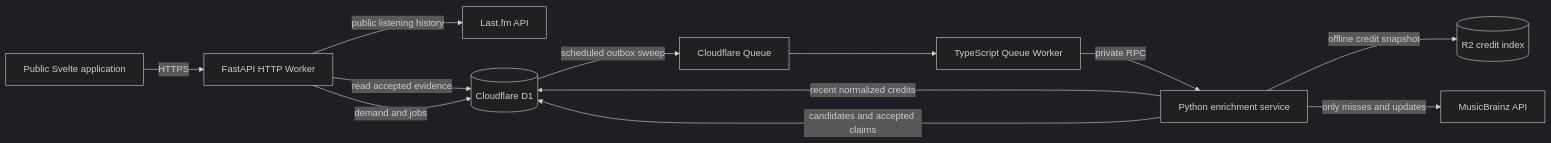
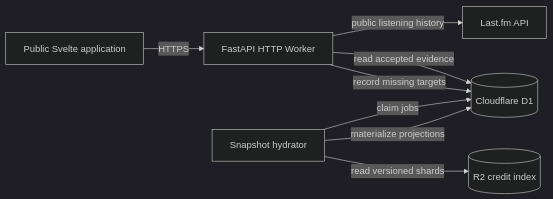
One commit to rosa-gus/timbre-palette changed the diagram in README.md. Above: the diagram before and after it, drawn with Mermaid (dark theme). The commit also changed other lines of this file and 35 other files, not shown here.

````diff
--- a/README.md
+++ b/README.md
@@ -55,14 +54,10 @@
 ```mermaid
 flowchart LR
     Browser[Public Svelte application] -->|HTTPS| API[FastAPI HTTP Worker]
     API -->|public listening history| LastFM[Last.fm API]
     API -->|read accepted evidence| D1[(Cloudflare D1)]
-    API -->|demand and jobs| D1[(Cloudflare D1)]
-    D1 -->|scheduled outbox sweep| Queue[Cloudflare Queue]
-    Queue --> QueueWorker[TypeScript Queue Worker]
-    QueueWorker -->|private RPC| Enricher[Python enrichment service]
-    Enricher -->|recent normalized credits| D1
-    Enricher -->|offline credit snapshot| R2[(R2 credit index)]
-    Enricher -->|only misses and updates| MusicBrainz[MusicBrainz API]
-    Enricher -->|candidates and accepted claims| D1
+    API -->|record missing targets| D1
+    Hydrator[Snapshot hydrator] -->|claim jobs| D1
+    Hydrator -->|read versioned shards| R2[(R2 credit index)]
+    Hydrator -->|materialize projections| D1
 ```
````
